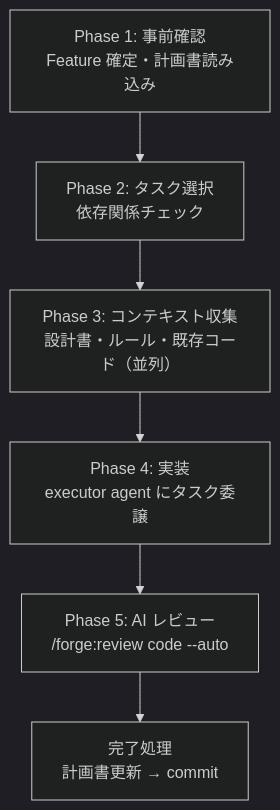
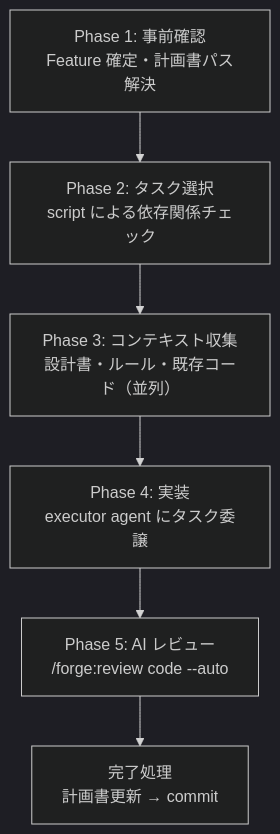
One commit to BlueEventHorizon/bw-cc-plugins changed the diagram in docs/readme/forge/guide_implement_ja.md. Above: the diagram before and after it, drawn with Mermaid (dark theme). The commit also changed other lines of this file and 38 other files, not shown here.

````diff
--- a/docs/readme/forge/guide_implement_ja.md
+++ b/docs/readme/forge/guide_implement_ja.md
@@ -31,14 +31,14 @@
 ```mermaid
 flowchart TD
-    P1["Phase 1: 事前確認<br/>Feature 確定・計画書読み込み"] --> P2
+    P1["Phase 1: 事前確認<br/>Feature 確定・計画書パス解決"] --> P2
 
-    P2["Phase 2: タスク選択<br/>依存関係チェック"] --> P3
+    P2["Phase 2: タスク選択<br/>script による依存関係チェック"] --> P3
 
     P3["Phase 3: コンテキスト収集<br/>設計書・ルール・既存コード（並列）"] --> P4
 
     P4["Phase 4: 実装<br/>executor agent にタスク委譲"] --> P5
 
     P5["Phase 5: AI レビュー<br/>/forge:review code --auto"] --> DONE
 
     DONE["完了処理<br/>計画書更新 → commit"]
 ```
````
